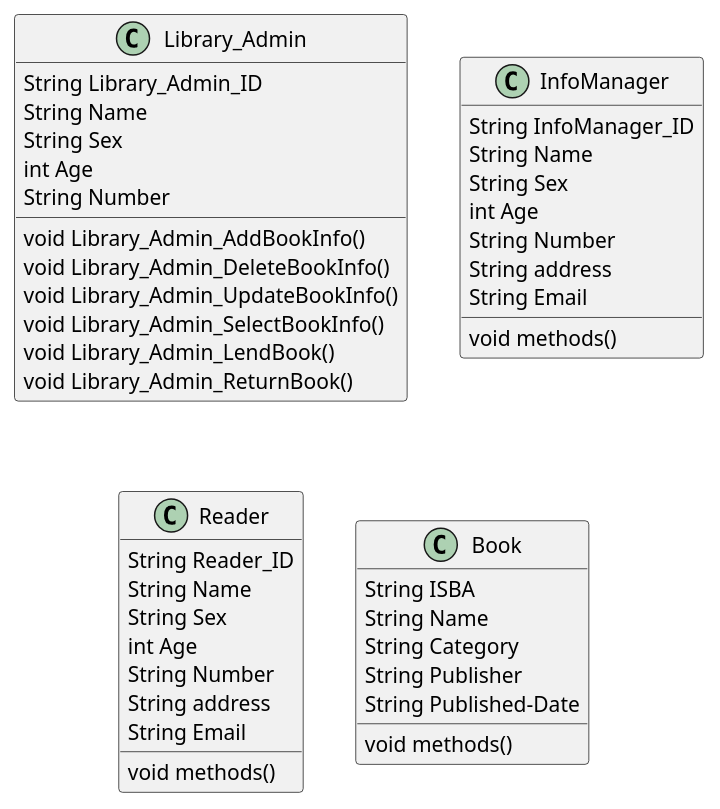
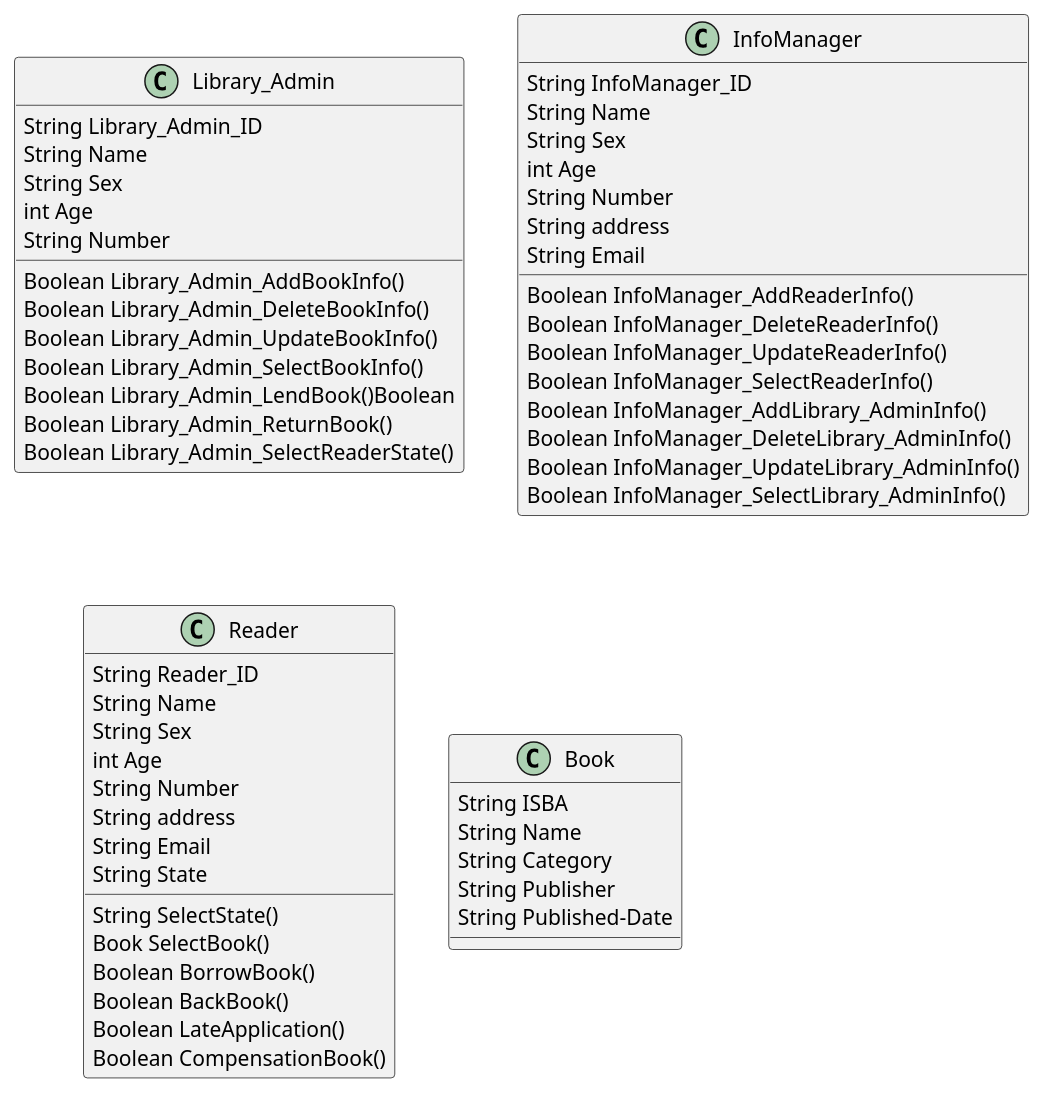
Before and after one commit to z915287285/is_analysis: the diagram in test3/object_flow.puml, drawn with PlantUML. The commit also changed 4 other files, not shown here.

```diff
--- a/test3/object_flow.puml
+++ b/test3/object_flow.puml
@@ -1,43 +1,56 @@
 @startuml
 class Library_Admin {
   String Library_Admin_ID
   String Name
   String Sex
   int Age
   String Number
-  void Library_Admin_AddBookInfo()
-  void Library_Admin_DeleteBookInfo()
-  void Library_Admin_UpdateBookInfo()
-  void Library_Admin_SelectBookInfo()
-  void Library_Admin_LendBook()
-  void Library_Admin_ReturnBook()
+  Boolean Library_Admin_AddBookInfo()
+  Boolean Library_Admin_DeleteBookInfo()
+  Boolean Library_Admin_UpdateBookInfo()
+  Boolean Library_Admin_SelectBookInfo()
+  Boolean Library_Admin_LendBook()Boolean
+  Boolean Library_Admin_ReturnBook()
+  Boolean Library_Admin_SelectReaderState()
 }
 class InfoManager {
   String InfoManager_ID
   String Name
   String Sex
   int Age
   String Number
   String address
   String Email
-  void methods()
+  Boolean InfoManager_AddReaderInfo()
+  Boolean InfoManager_DeleteReaderInfo()
+  Boolean InfoManager_UpdateReaderInfo()
+  Boolean InfoManager_SelectReaderInfo()
+  Boolean InfoManager_AddLibrary_AdminInfo()
+  Boolean InfoManager_DeleteLibrary_AdminInfo()
+  Boolean InfoManager_UpdateLibrary_AdminInfo()
+  Boolean InfoManager_SelectLibrary_AdminInfo()
 }
 class Reader {
   String Reader_ID
   String Name
   String Sex
   int Age
   String Number
   String address
   String Email
-  void methods()
+  String State
+  String SelectState()
+  Book SelectBook()
+  Boolean BorrowBook()
+  Boolean BackBook()
+  Boolean LateApplication()
+  Boolean CompensationBook()
 }
 class Book {
   String ISBA
   String Name
   String Category
   String Publisher
   String Published-Date
-  void methods()
 }
 @enduml
```
